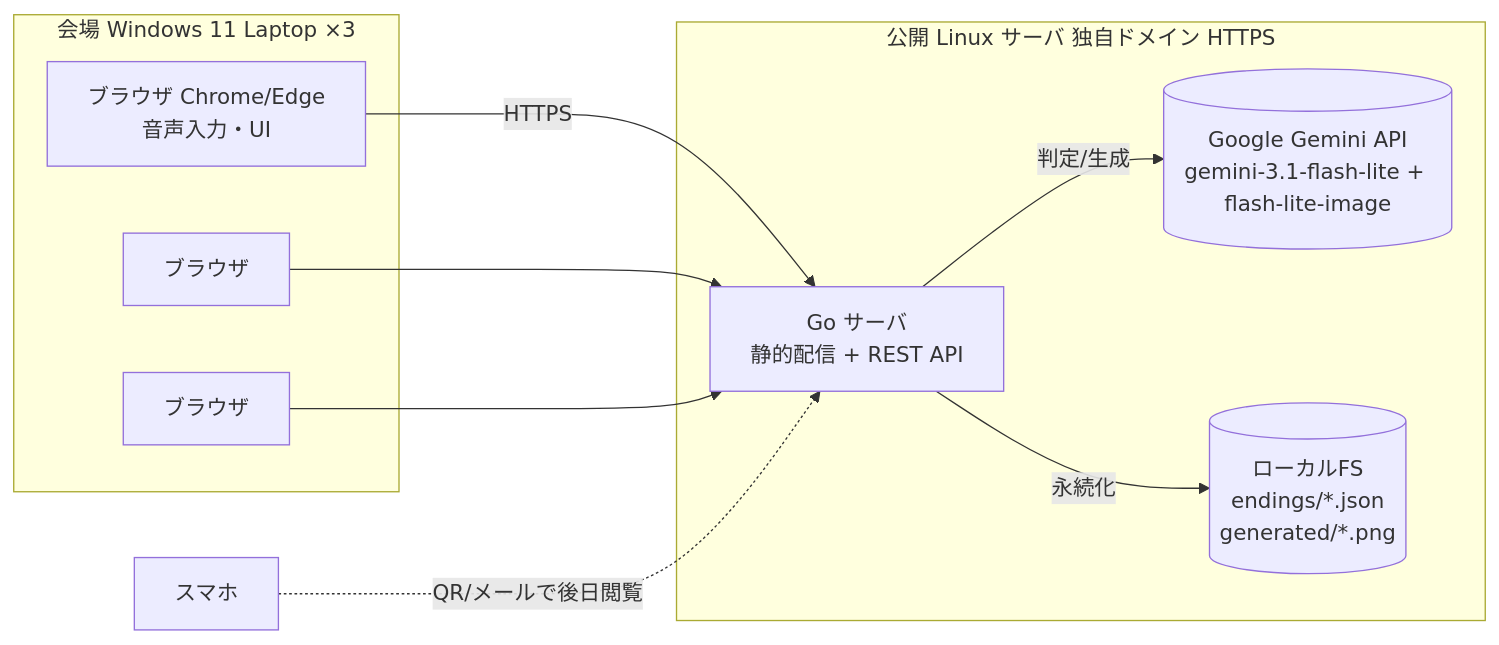
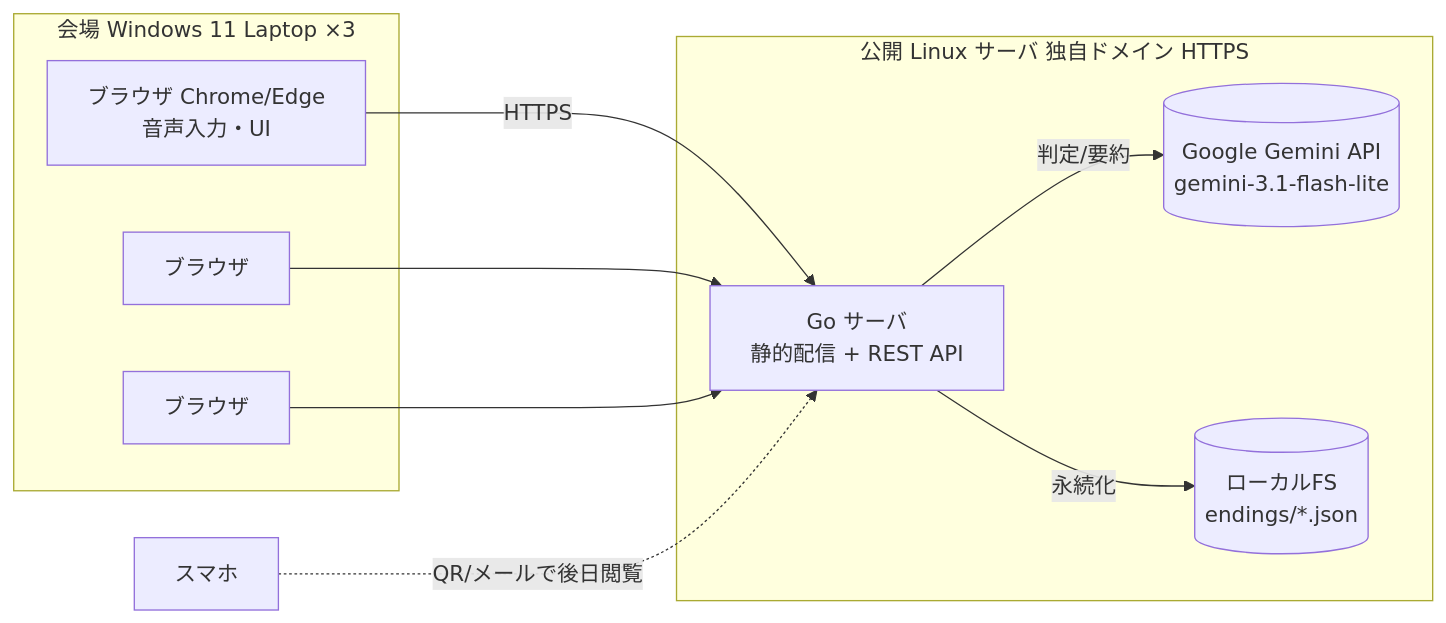
Before and after one commit to sokoide/familyday: the first of 5 diagrams in 2026/README.md, drawn with Mermaid. The commit also changed other lines of this file and 17 other files, not shown here.

````diff
--- a/2026/README.md
+++ b/2026/README.md
@@ -31,17 +31,17 @@
 ```mermaid
 flowchart LR
   subgraph 会場[会場 Windows 11 Laptop ×3]
     B1[ブラウザ Chrome/Edge<br/>音声入力・UI]
     B2[ブラウザ]
     B3[ブラウザ]
   end
   subgraph 鯖[公開 Linux サーバ 独自ドメイン HTTPS]
     SRV[Go サーバ<br/>静的配信 + REST API]
-    SRV -->|判定/生成| GEM[(Google Gemini API<br/>gemini-3.1-flash-lite + flash-lite-image)]
-    SRV -->|永続化| FS[(ローカルFS<br/>endings/*.json<br/>generated/*.png)]
+    SRV -->|判定/要約| GEM[(Google Gemini API<br/>gemini-3.1-flash-lite)]
+    SRV -->|永続化| FS[(ローカルFS<br/>endings/*.json)]
   end
   B1 -->|HTTPS| SRV
   B2 --> SRV
   B3 --> SRV
   MOB[スマホ] -.QR/メールで後日閲覧.-> SRV
 ```
````
